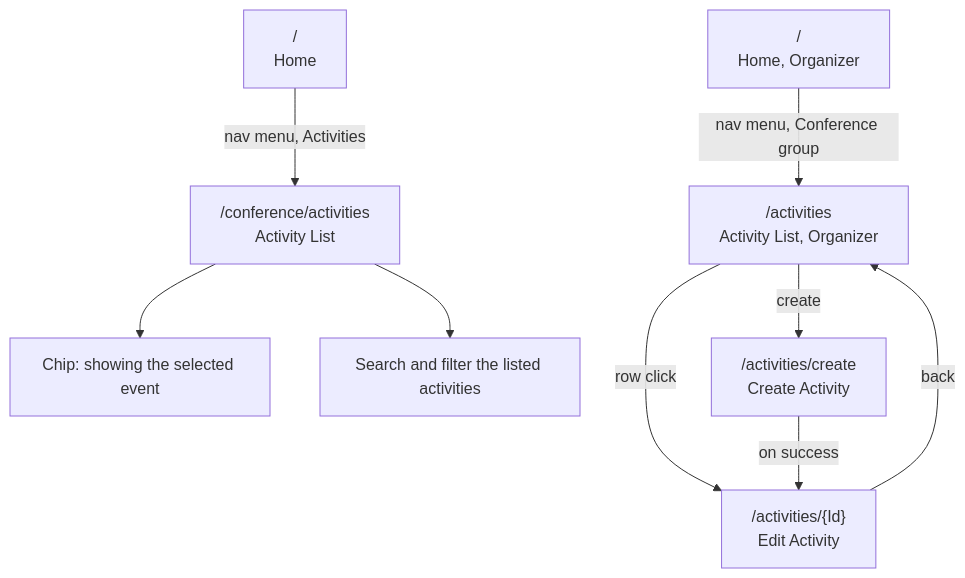
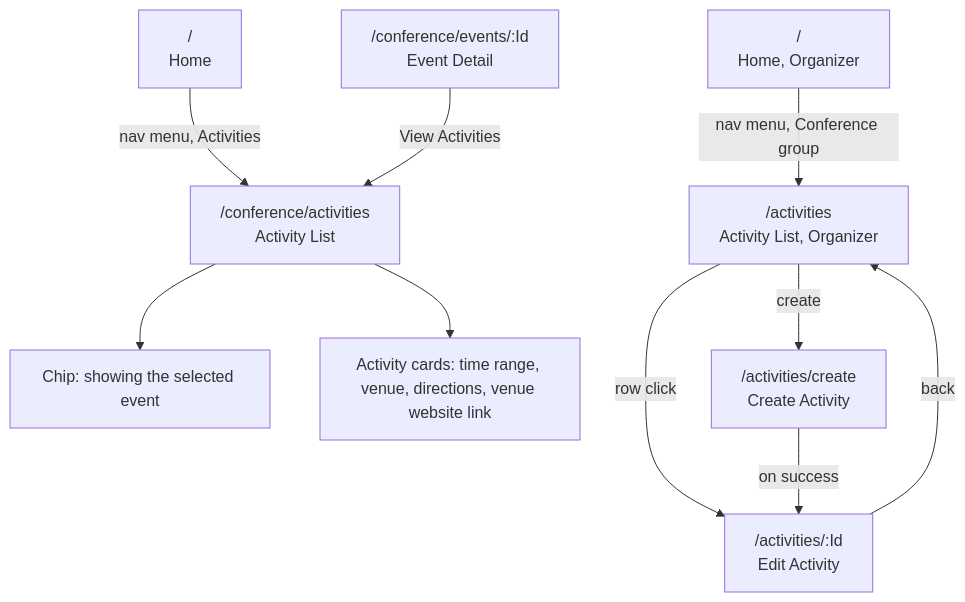
One commit to ivanball/ivanball.github.io changed diagram 13 of 14 in docs-src/guides/adc-NavigationFlow.md. Above: the diagram before and after it, drawn with Mermaid. The commit also changed other lines of this file and 9 other files, not shown here.

````diff
--- a/docs-src/guides/adc-NavigationFlow.md
+++ b/docs-src/guides/adc-NavigationFlow.md
@@ -602,11 +651,12 @@
 ```mermaid
 flowchart TD
     Home["/<br/>Home"] -->|nav menu, Activities| PubActivities["/conference/activities<br/>Activity List"]
+    EventDetail["/conference/events/:Id<br/>Event Detail"] -->|View Activities| PubActivities
     PubActivities --> EventChip["Chip: showing the selected event"]
-    PubActivities --> Search["Search and filter the listed activities"]
+    PubActivities --> Cards["Activity cards: time range, venue, directions, venue website link"]
     OrgHome["/<br/>Home, Organizer"] -->|nav menu, Conference group| Manage["/activities<br/>Activity List, Organizer"]
     Manage -->|create| Create["/activities/create<br/>Create Activity"]
-    Manage -->|row click| Edit["/activities/{Id}<br/>Edit Activity"]
+    Manage -->|row click| Edit["/activities/:Id<br/>Edit Activity"]
     Create -->|on success| Edit
     Edit -->|back| Manage
 ```
````
